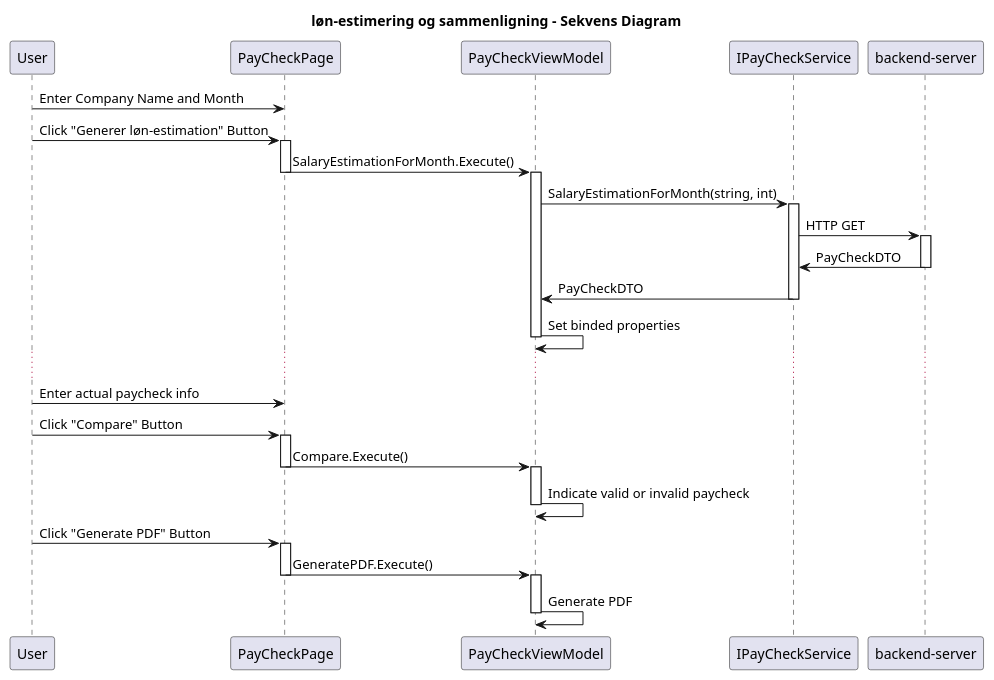
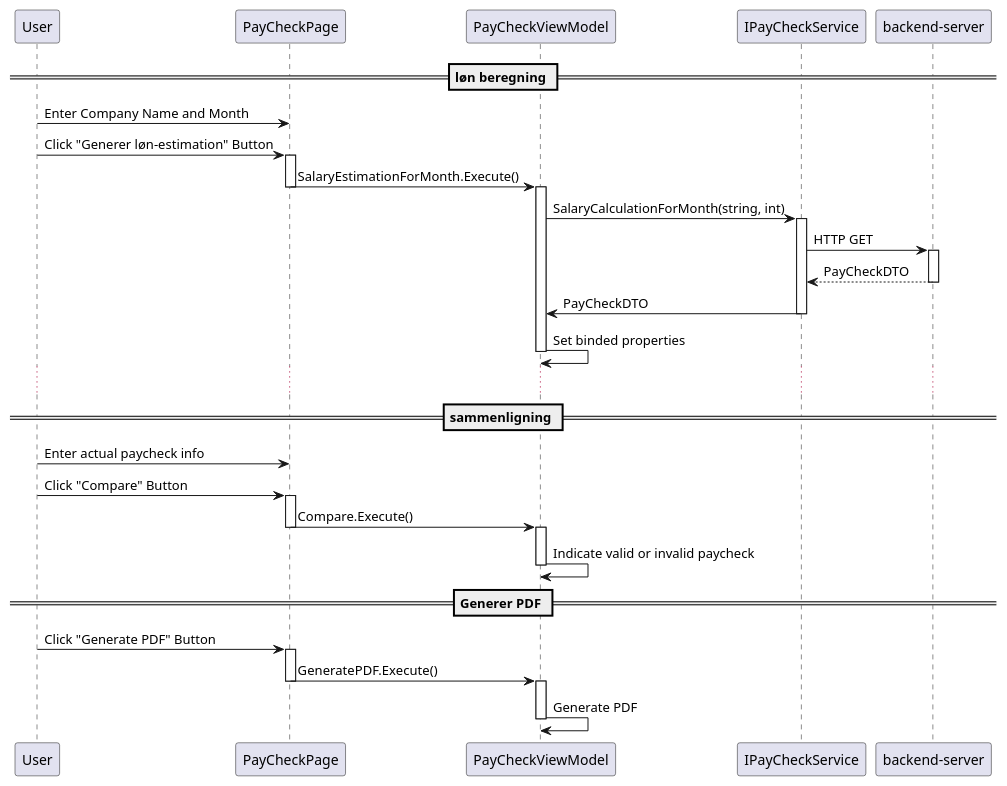
The diagram in diagrams/maui/paycheckSeq.puml (a-chiha/FinanceTrackerBackend), drawn with PlantUML before and after one commit. The commit also changed 18 other files, not shown here.

```diff
--- a/diagrams/maui/paycheckSeq.puml
+++ b/diagrams/maui/paycheckSeq.puml
@@ -1,48 +1,50 @@
 @startuml
-title løn-estimering og sammenligning - Sekvens Diagram
 participant "User" as User
 participant "PayCheckPage" as Page
 participant "PayCheckViewModel" as ViewModel
 participant "IPayCheckService" as ServiceInterface
 participant "backend-server" as BackendServer
+
+== løn beregning ==
 
 User -> Page : Enter Company Name and Month
 User -> Page : Click "Generer løn-estimation" Button
 activate Page
 Page -> ViewModel : SalaryEstimationForMonth.Execute()
 deactivate Page
 activate ViewModel
-ViewModel -> ServiceInterface : SalaryEstimationForMonth(string, int)
+ViewModel -> ServiceInterface : SalaryCalculationForMonth(string, int)
 activate ServiceInterface
 ServiceInterface -> BackendServer : HTTP GET
 activate BackendServer
-BackendServer -> ServiceInterface : PayCheckDTO
+BackendServer --> ServiceInterface : PayCheckDTO
 deactivate BackendServer
 ServiceInterface -> ViewModel : PayCheckDTO
 deactivate ServiceInterface
 ViewModel -> ViewModel : Set binded properties
 deactivate ViewModel
 
 ...
+== sammenligning ==
 
 User -> Page : Enter actual paycheck info
 User -> Page : Click "Compare" Button
 activate Page
 Page -> ViewModel : Compare.Execute()
 deactivate Page
 activate ViewModel
 ViewModel -> ViewModel : Indicate valid or invalid paycheck
 deactivate ViewModel
 
 
-
+== Generer PDF ==
 
 User -> Page : Click "Generate PDF" Button
 activate Page
 Page -> ViewModel : GeneratePDF.Execute()
 deactivate Page
 activate ViewModel
 ViewModel -> ViewModel : Generate PDF
 deactivate ViewModel
 
 @enduml
```
